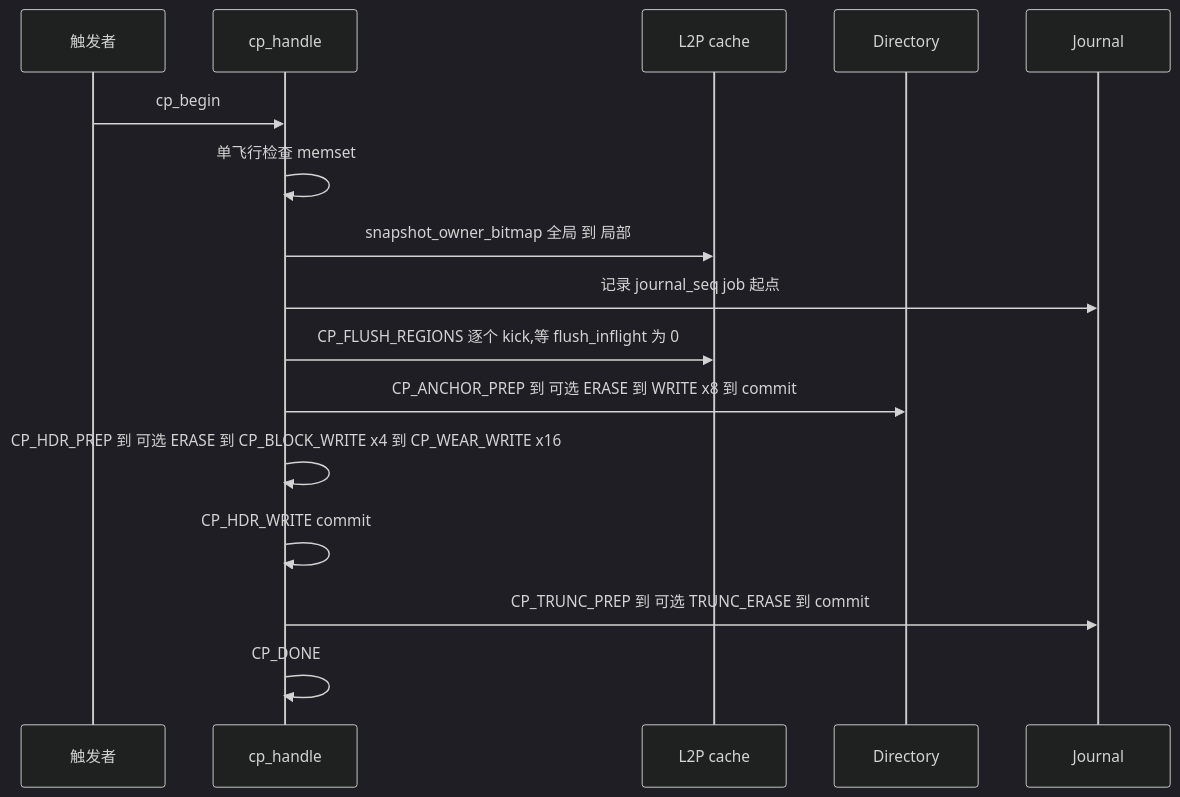
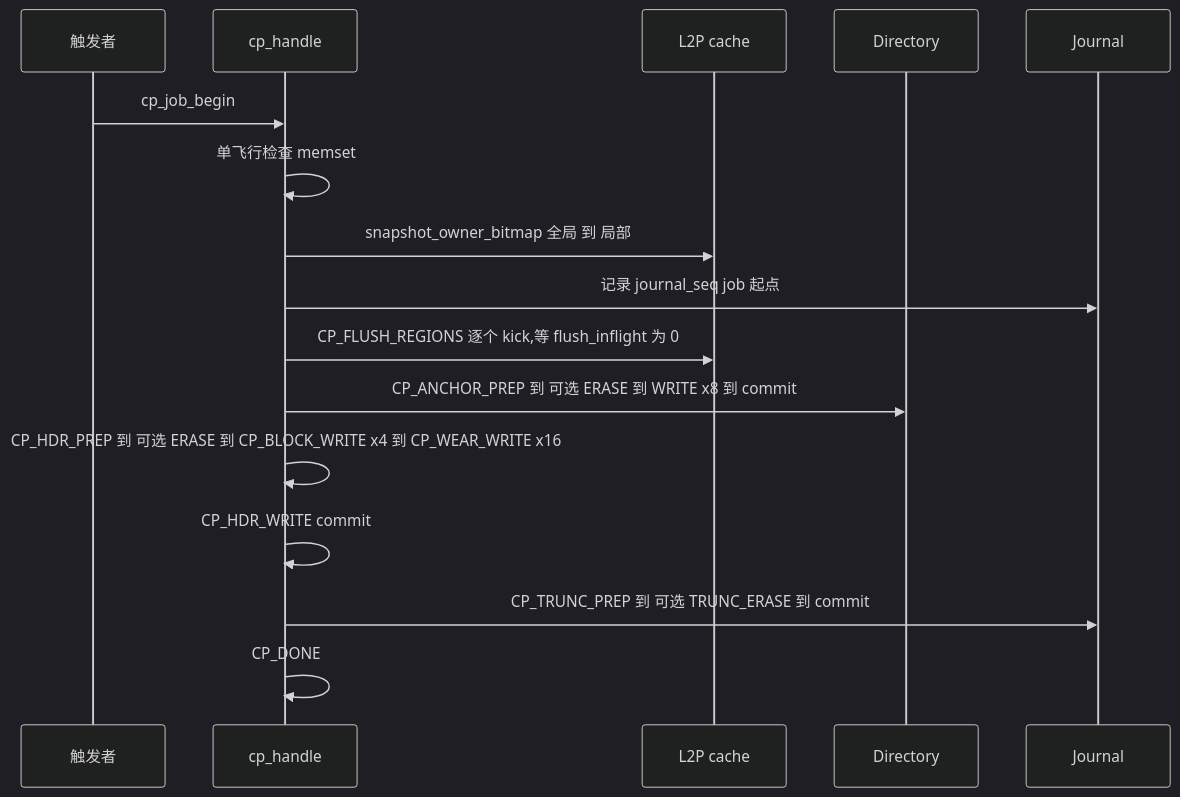
One commit to YzYMIAO/BASESSD changed diagram 29 of 32 in docs/design/ftl_design.md. Above: the diagram before and after it, drawn with Mermaid (dark theme). The commit also changed other lines of this file and 14 other files, not shown here.

````diff
--- a/docs/design/ftl_design.md
+++ b/docs/design/ftl_design.md
@@ -4048,19 +4048,19 @@
 ```mermaid
 sequenceDiagram
     participant T as 触发者
     participant CP as cp_handle
     participant L as L2P cache
     participant D as Directory
     participant J as Journal
 
-    T->>CP: cp_begin
+    T->>CP: cp_job_begin
     CP->>CP: 单飞行检查 memset
     CP->>L: snapshot_owner_bitmap 全局 到 局部
     CP->>J: 记录 journal_seq job 起点
     CP->>L: CP_FLUSH_REGIONS 逐个 kick,等 flush_inflight 为 0
     CP->>D: CP_ANCHOR_PREP 到 可选 ERASE 到 WRITE x8 到 commit
     CP->>CP: CP_HDR_PREP 到 可选 ERASE 到 CP_BLOCK_WRITE x4 到 CP_WEAR_WRITE x16
     CP->>CP: CP_HDR_WRITE commit
     CP->>J: CP_TRUNC_PREP 到 可选 TRUNC_ERASE 到 commit
     CP->>CP: CP_DONE
 ```
````
